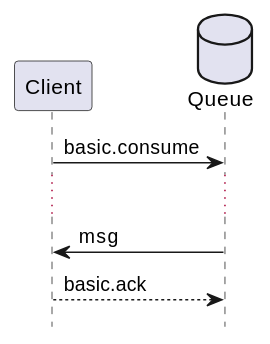
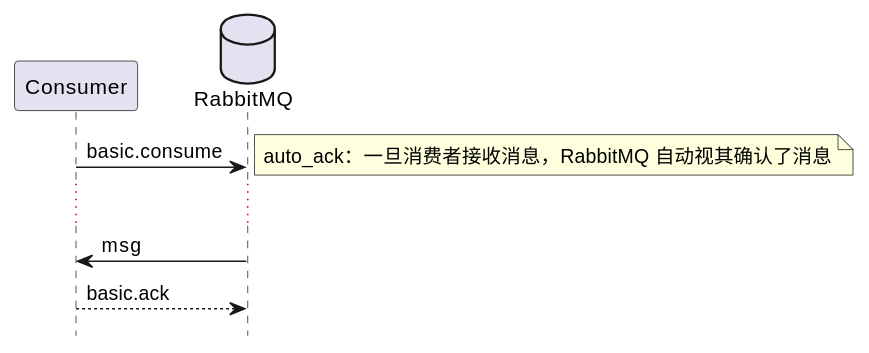
One commit to ruanhao/basset changed the first of 4 diagrams in midwares/rabbitmq.org. Above: the diagram before and after it, drawn with PlantUML. The commit also changed other lines of this file and 8 other files, not shown here.

```diff
--- a/midwares/rabbitmq.org
+++ b/midwares/rabbitmq.org
@@ -38,10 +32,13 @@
 #+BEGIN_SRC plantuml :file img/rabbitmq_consume.png
   hide footbox
-  participant Client as c
-  database Queue as q
+  participant Consumer as c
+  database RabbitMQ as q
 
   c -> q : basic.consume
+  note right
+  auto_ack：一旦消费者接收消息，RabbitMQ 自动视其确认了消息
+  end note
   ...
   q -> c : msg
   c --> q : basic.ack
 #+END_SRC
```
